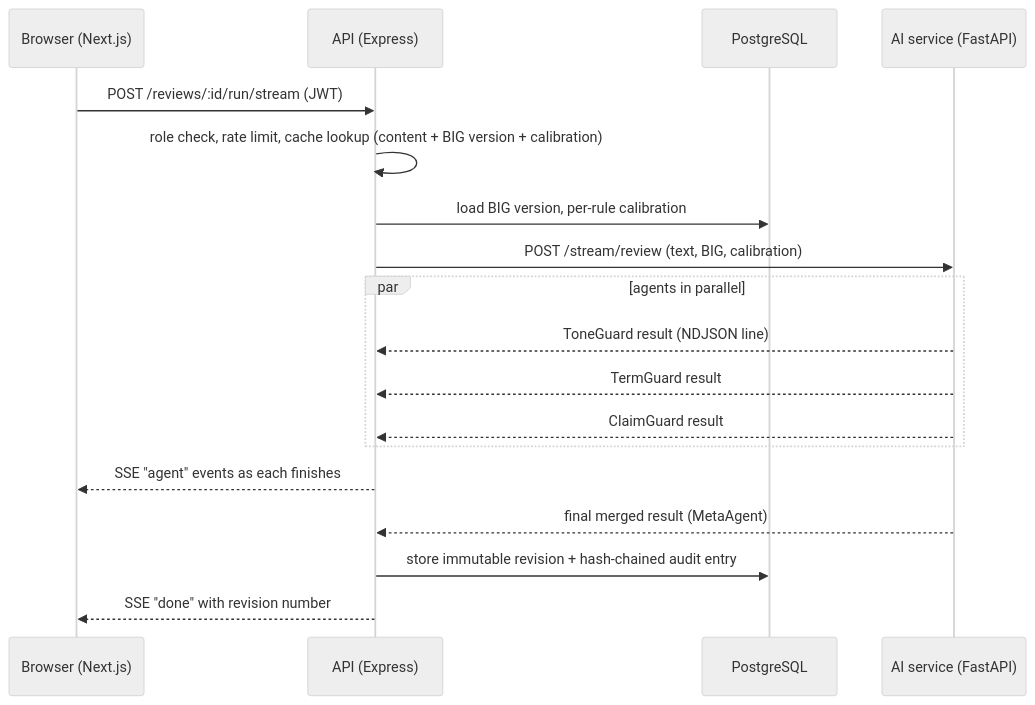
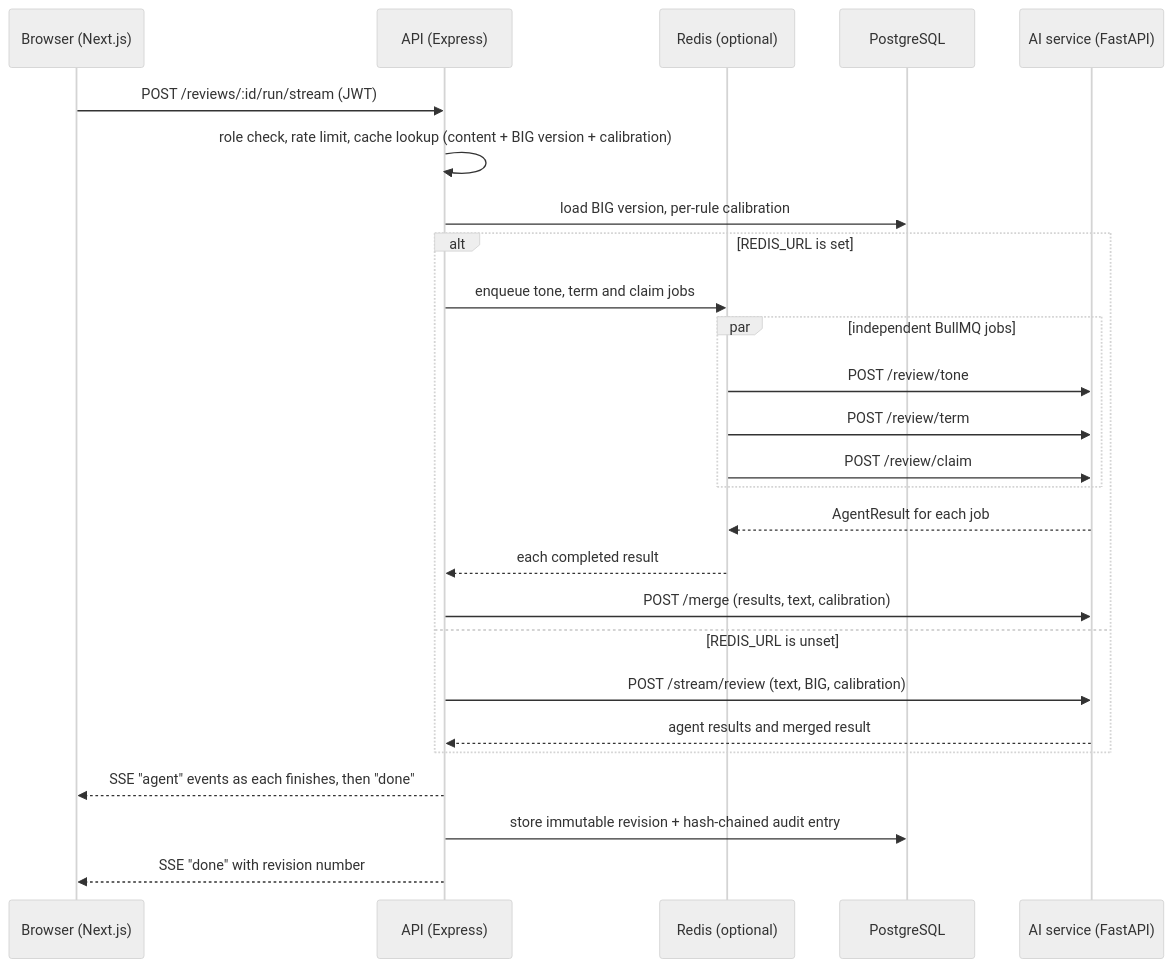
One commit to Anky2231/verity changed the diagram in docs/ARCHITECTURE.md. Above: the diagram before and after it, drawn with Mermaid (neutral theme). The commit also changed other lines of this file and 2 other files, not shown here.

Commit message:
docs: describe optional queue mode and latency

````diff
--- a/docs/ARCHITECTURE.md
+++ b/docs/ARCHITECTURE.md
@@ -3,20 +3,28 @@
 ```mermaid
 sequenceDiagram
   participant U as Browser (Next.js)
   participant G as API (Express)
+  participant R as Redis (optional)
   participant D as PostgreSQL
   participant A as AI service (FastAPI)
   U->>G: POST /reviews/:id/run/stream (JWT)
   G->>G: role check, rate limit, cache lookup (content + BIG version + calibration)
   G->>D: load BIG version, per-rule calibration
-  G->>A: POST /stream/review (text, BIG, calibration)
-  par agents in parallel
-    A-->>G: ToneGuard result (NDJSON line)
-    A-->>G: TermGuard result
-    A-->>G: ClaimGuard result
+  alt REDIS_URL is set
+    G->>R: enqueue tone, term and claim jobs
+    par independent BullMQ jobs
+      R->>A: POST /review/tone
+      R->>A: POST /review/term
+      R->>A: POST /review/claim
+    end
+    A-->>R: AgentResult for each job
+    R-->>G: each completed result
+    G->>A: POST /merge (results, text, calibration)
+  else REDIS_URL is unset
+    G->>A: POST /stream/review (text, BIG, calibration)
+    A-->>G: agent results and merged result
   end
-  G-->>U: SSE "agent" events as each finishes
-  A-->>G: final merged result (MetaAgent)
+  G-->>U: SSE "agent" events as each finishes, then "done"
   G->>D: store immutable revision + hash-chained audit entry
   G-->>U: SSE "done" with revision number
 ```
````
